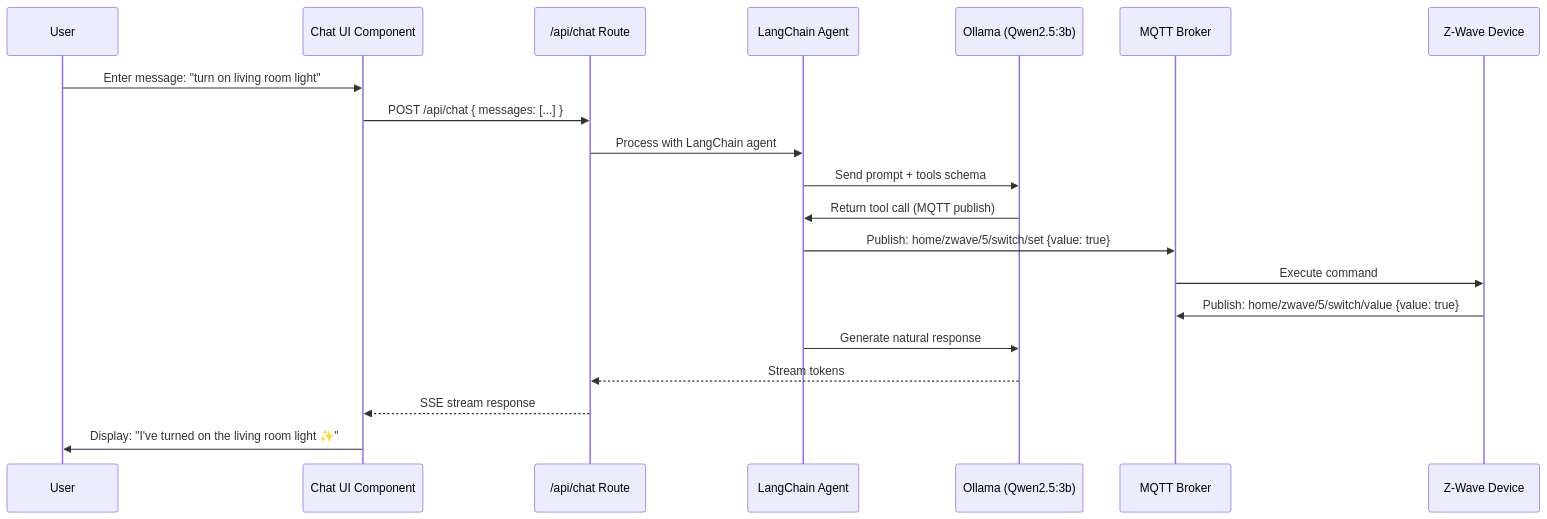
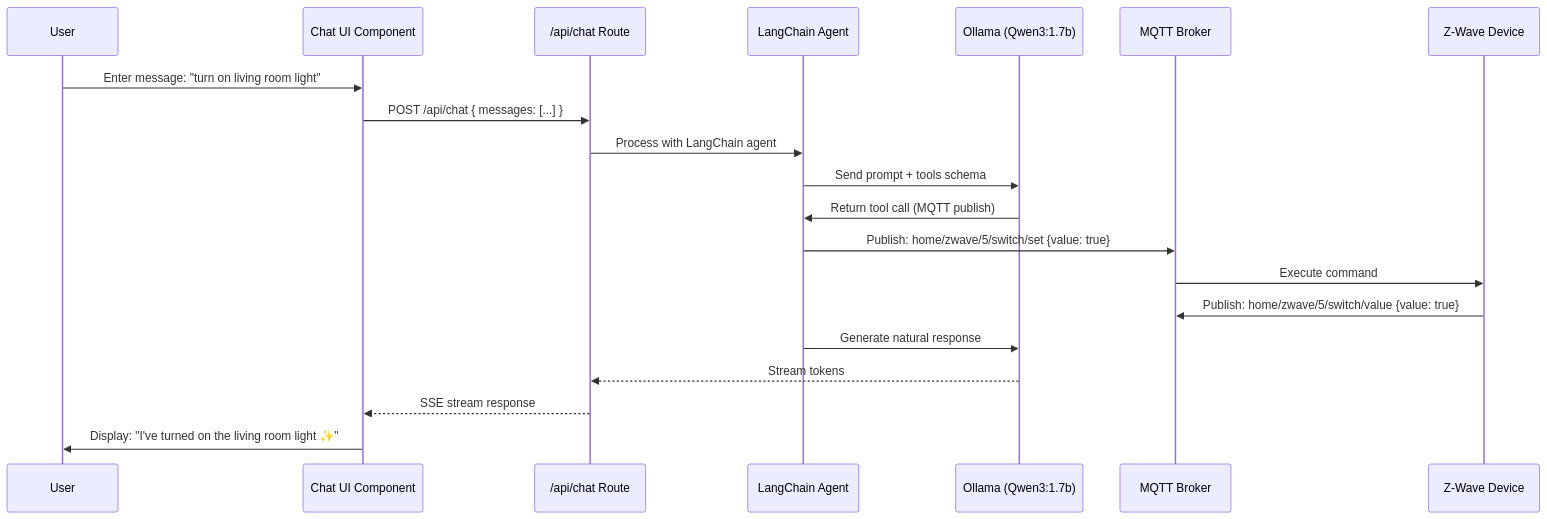
The first of 2 diagrams in .kiro/specs/mqtt-ollama-home-automation/chatbot-design.md (jrgleason/mqtt-ollama-presentation), drawn with Mermaid before and after one commit. The commit also changed other lines of this file and 39 other files, not shown here.

````diff
--- a/.kiro/specs/mqtt-ollama-home-automation/chatbot-design.md
+++ b/.kiro/specs/mqtt-ollama-home-automation/chatbot-design.md
@@ -35,23 +35,23 @@
 ```mermaid
 sequenceDiagram
     participant User
     participant ChatUI as Chat UI Component
     participant API as /api/chat Route
     participant LC as LangChain Agent
-    participant Ollama as Ollama (Qwen2.5:3b)
+    participant Ollama as Ollama (Qwen3:1.7b)
     participant MQTT as MQTT Broker
     participant Device as Z-Wave Device
 
     User->>ChatUI: Enter message: "turn on living room light"
     ChatUI->>API: POST /api/chat { messages: [...] }
     API->>LC: Process with LangChain agent
     LC->>Ollama: Send prompt + tools schema
     Ollama->>LC: Return tool call (MQTT publish)
     LC->>MQTT: Publish: home/zwave/5/switch/set {value: true}
     MQTT->>Device: Execute command
     Device->>MQTT: Publish: home/zwave/5/switch/value {value: true}
     LC->>Ollama: Generate natural response
     Ollama-->>API: Stream tokens
     API-->>ChatUI: SSE stream response
     ChatUI->>User: Display: "I've turned on the living room light ✨"
 ```
````
